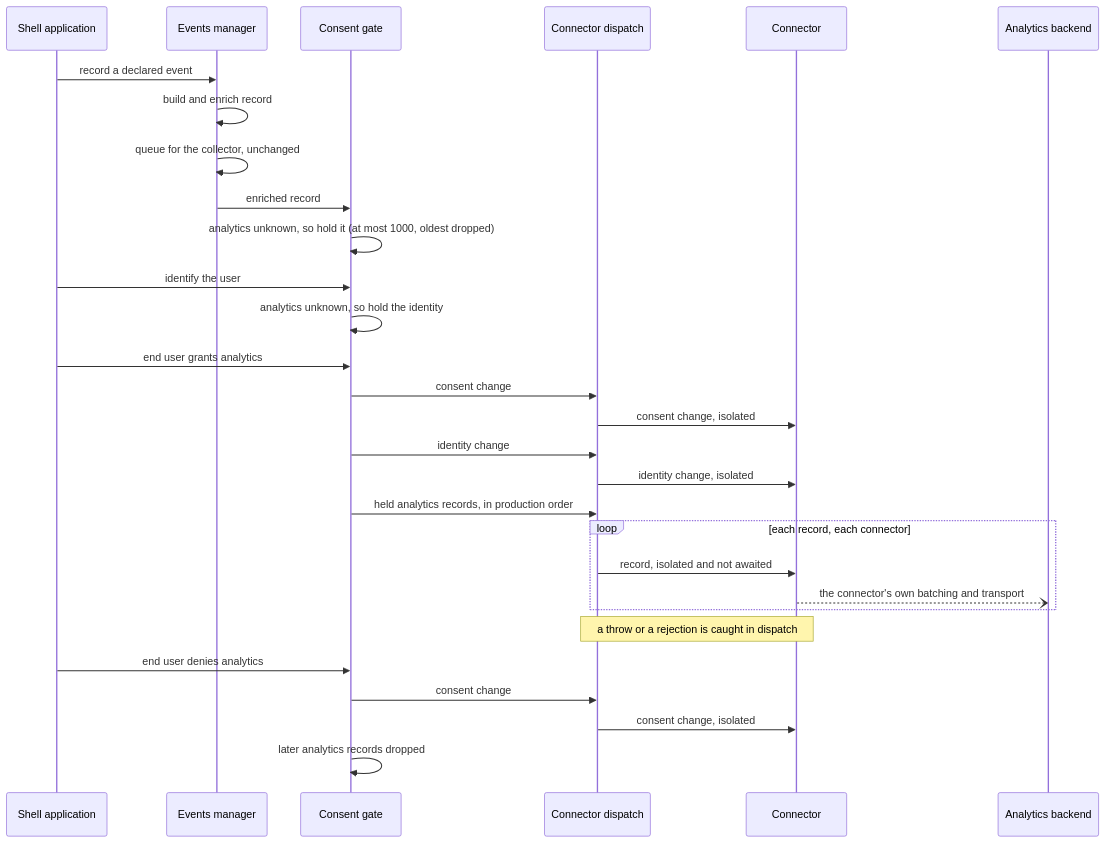
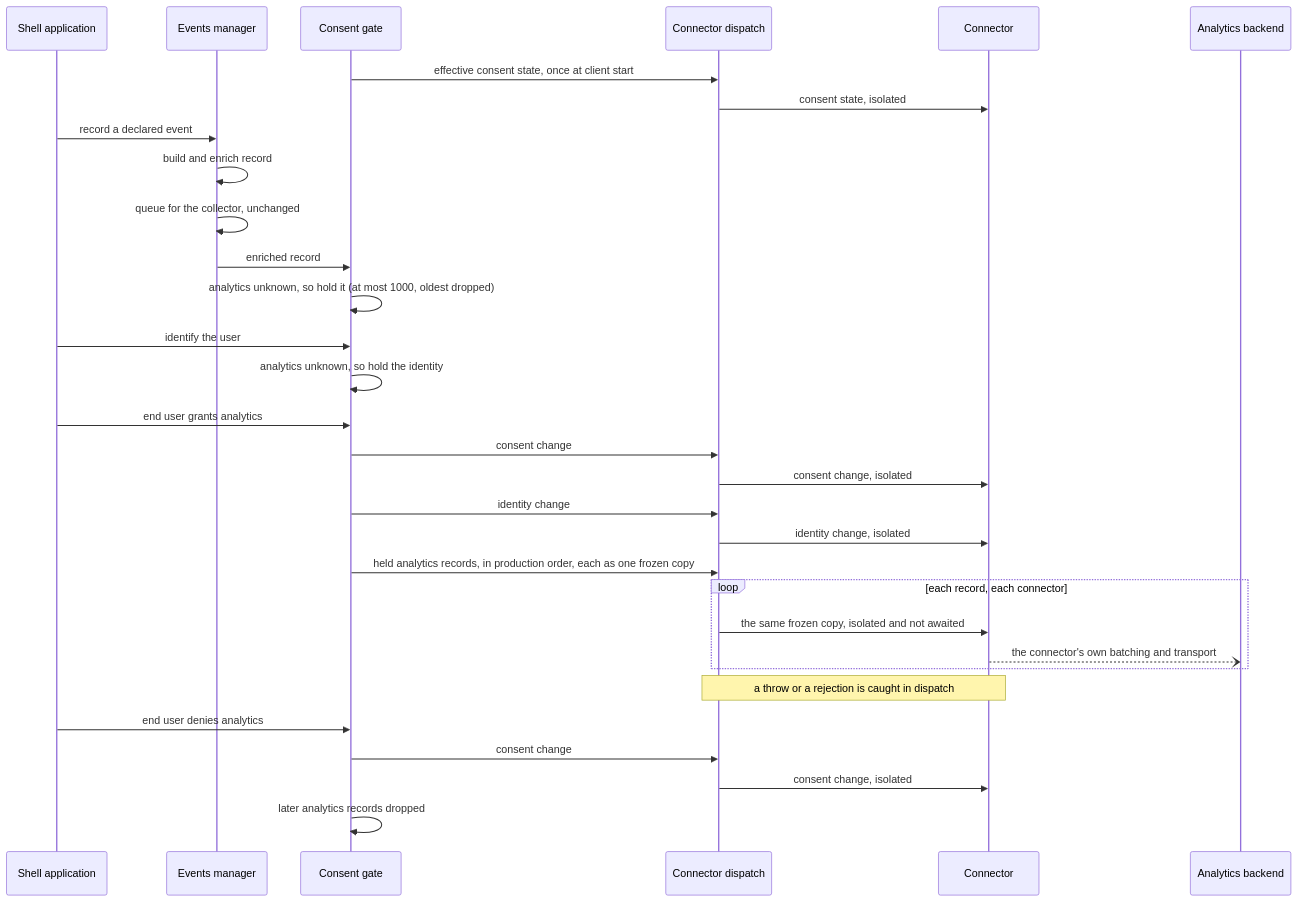
Before and after one commit to tscbmstubp/gears-frontx: the fifth of 8 diagrams in packages/telemetry/architecture/DESIGN.md, drawn with Mermaid. The commit also changed other lines of this file, not shown here.

````diff
--- a/packages/telemetry/architecture/DESIGN.md
+++ b/packages/telemetry/architecture/DESIGN.md
@@ -1010,31 +1038,33 @@
 ```mermaid
 sequenceDiagram
     participant App as Shell application
     participant Ev as Events manager
     participant Gate as Consent gate
     participant Disp as Connector dispatch
     participant Con as Connector
     participant Be as Analytics backend
+    Gate->>Disp: effective consent state, once at client start
+    Disp->>Con: consent state, isolated
     App->>Ev: record a declared event
     Ev->>Ev: build and enrich record
     Ev->>Ev: queue for the collector, unchanged
     Ev->>Gate: enriched record
     Gate->>Gate: analytics unknown, so hold it (at most 1000, oldest dropped)
     App->>Gate: identify the user
     Gate->>Gate: analytics unknown, so hold the identity
     App->>Gate: end user grants analytics
     Gate->>Disp: consent change
     Disp->>Con: consent change, isolated
     Gate->>Disp: identity change
     Disp->>Con: identity change, isolated
-    Gate->>Disp: held analytics records, in production order
+    Gate->>Disp: held analytics records, in production order, each as one frozen copy
     loop each record, each connector
-        Disp->>Con: record, isolated and not awaited
+        Disp->>Con: the same frozen copy, isolated and not awaited
         Con--)Be: the connector's own batching and transport
     end
     Note over Disp,Con: a throw or a rejection is caught in dispatch
     App->>Gate: end user denies analytics
     Gate->>Disp: consent change
     Disp->>Con: consent change, isolated
     Gate->>Gate: later analytics records dropped
 ```
````
